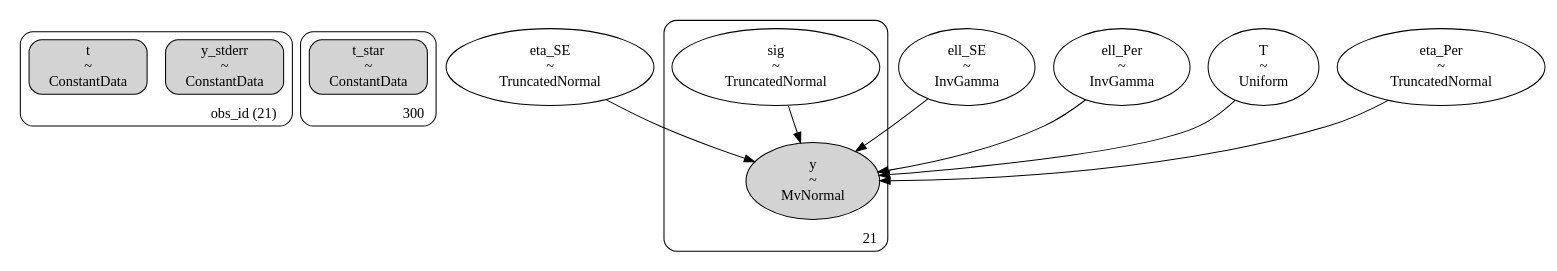
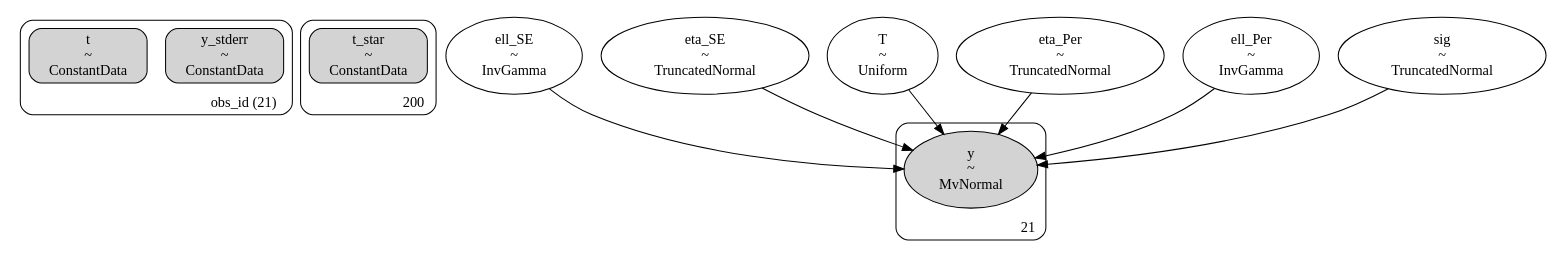
Before and after one commit to shihchingfu/gp-sandbox-thunderkat: the diagram in dags/428_ra236.530_dec-46.922_4U1543TraPDB_andersson_gpSE_gpPer_dag.dot, drawn with Graphviz. The commit also changed 13 other files, not shown here.

```diff
--- a/dags/428_ra236.530_dec-46.922_4U1543TraPDB_andersson_gpSE_gpPer_dag.dot
+++ b/dags/428_ra236.530_dec-46.922_4U1543TraPDB_andersson_gpSE_gpPer_dag.dot
@@ -1,47 +1,47 @@
 digraph {
 	subgraph "clusterobs_id (21)" {
 		y_stderr [label="y_stderr
 ~
 ConstantData" shape=box style="rounded, filled"]
 		t [label="t
 ~
 ConstantData" shape=box style="rounded, filled"]
 		label="obs_id (21)" labeljust=r labelloc=b style=rounded
 	}
-	subgraph cluster300 {
+	subgraph cluster200 {
 		t_star [label="t_star
 ~
 ConstantData" shape=box style="rounded, filled"]
-		label=300 labeljust=r labelloc=b style=rounded
+		label=200 labeljust=r labelloc=b style=rounded
 	}
+	ell_SE [label="ell_SE
+~
+InvGamma" shape=ellipse]
 	eta_SE [label="eta_SE
 ~
 TruncatedNormal" shape=ellipse]
-	ell_SE [label="ell_SE
-~
-InvGamma" shape=ellipse]
-	ell_Per [label="ell_Per
-~
-InvGamma" shape=ellipse]
 	T [label="T
 ~
 Uniform" shape=ellipse]
 	eta_Per [label="eta_Per
 ~
 TruncatedNormal" shape=ellipse]
-	subgraph cluster21 {
-		sig [label="sig
+	ell_Per [label="ell_Per
+~
+InvGamma" shape=ellipse]
+	sig [label="sig
 ~
 TruncatedNormal" shape=ellipse]
+	subgraph cluster21 {
 		y [label="y
 ~
 MvNormal" shape=ellipse style=filled]
 		label=21 labeljust=r labelloc=b style=rounded
 	}
+	T -> y
+	ell_SE -> y
+	eta_Per -> y
+	ell_Per -> y
 	eta_SE -> y
-	ell_SE -> y
-	ell_Per -> y
-	T -> y
-	eta_Per -> y
 	sig -> y
 }
```
